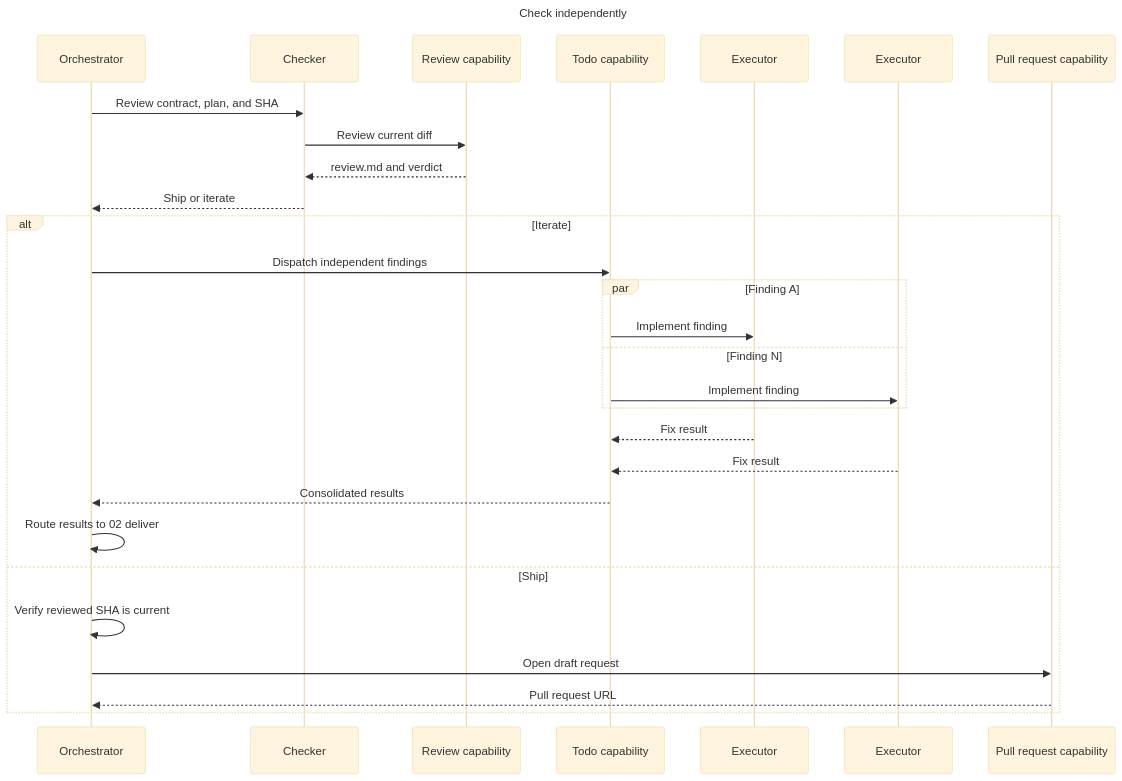
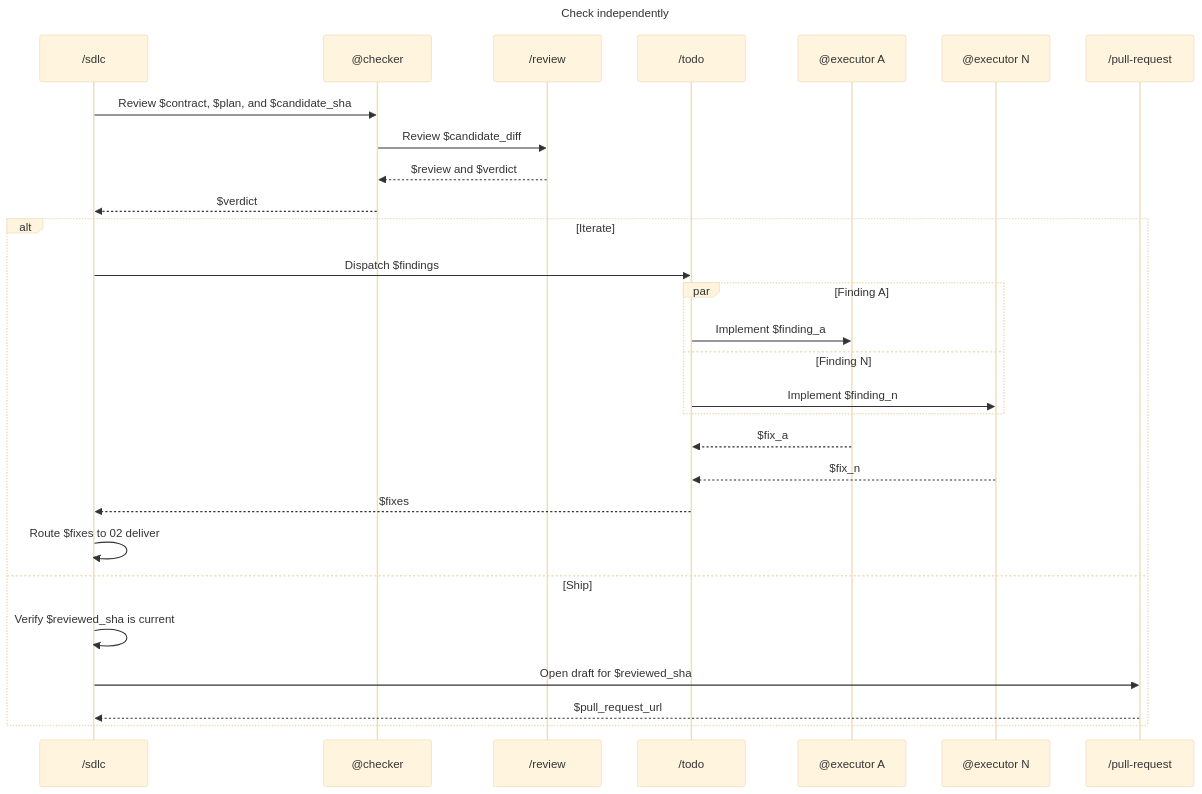
One commit to ai-driven-dev/aidd-framework changed the diagram in plugins/aidd-orchestrator/skills/01-sdlc/references/03-check.md. Above: the diagram before and after it, drawn with Mermaid (base theme). The commit also changed other lines of this file and 4 other files, not shown here.

Commit message:
fix(orchestrator): align SDLC protocol notation

````diff
--- a/plugins/aidd-orchestrator/skills/01-sdlc/references/03-check.md
+++ b/plugins/aidd-orchestrator/skills/01-sdlc/references/03-check.md
@@ -5,34 +5,34 @@
 ```mermaid
 ---
 title: Check independently
 ---
 sequenceDiagram
-  participant Orchestrator
-  participant Checker
-  participant Review as Review capability
-  participant Todo as Todo capability
-  participant ExecutorA as Executor
-  participant ExecutorN as Executor
-  participant PullRequest as Pull request capability
+  participant Sdlc as /sdlc
+  participant Checker as @checker
+  participant Review as /review
+  participant Todo as /todo
+  participant ExecutorA as @executor A
+  participant ExecutorN as @executor N
+  participant PullRequest as /pull-request
 
-  Orchestrator->>Checker: Review contract, plan, and SHA
-  Checker->>Review: Review current diff
-  Review-->>Checker: review.md and verdict
-  Checker-->>Orchestrator: Ship or iterate
+  Sdlc->>Checker: Review $contract, $plan, and $candidate_sha
+  Checker->>Review: Review $candidate_diff
+  Review-->>Checker: $review and $verdict
+  Checker-->>Sdlc: $verdict
   alt Iterate
-    Orchestrator->>Todo: Dispatch independent findings
+    Sdlc->>Todo: Dispatch $findings
     par Finding A
-      Todo->>ExecutorA: Implement finding
+      Todo->>ExecutorA: Implement $finding_a
     and Finding N
-      Todo->>ExecutorN: Implement finding
+      Todo->>ExecutorN: Implement $finding_n
     end
-    ExecutorA-->>Todo: Fix result
-    ExecutorN-->>Todo: Fix result
-    Todo-->>Orchestrator: Consolidated results
-    Orchestrator->>Orchestrator: Route results to 02 deliver
+    ExecutorA-->>Todo: $fix_a
+    ExecutorN-->>Todo: $fix_n
+    Todo-->>Sdlc: $fixes
+    Sdlc->>Sdlc: Route $fixes to 02 deliver
   else Ship
-    Orchestrator->>Orchestrator: Verify reviewed SHA is current
-    Orchestrator->>PullRequest: Open draft request
-    PullRequest-->>Orchestrator: Pull request URL
+    Sdlc->>Sdlc: Verify $reviewed_sha is current
+    Sdlc->>PullRequest: Open draft for $reviewed_sha
+    PullRequest-->>Sdlc: $pull_request_url
   end
 ```
````
